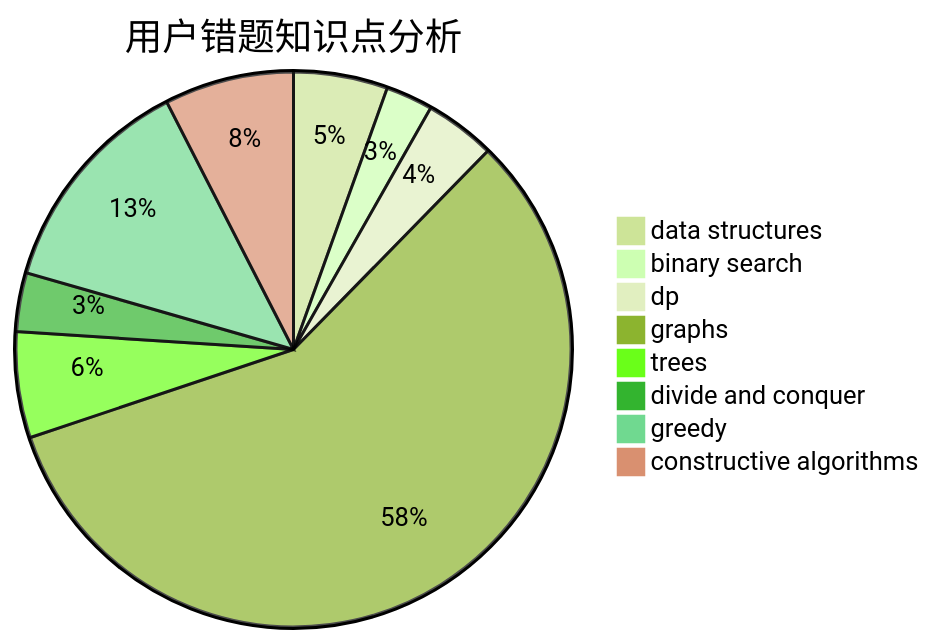
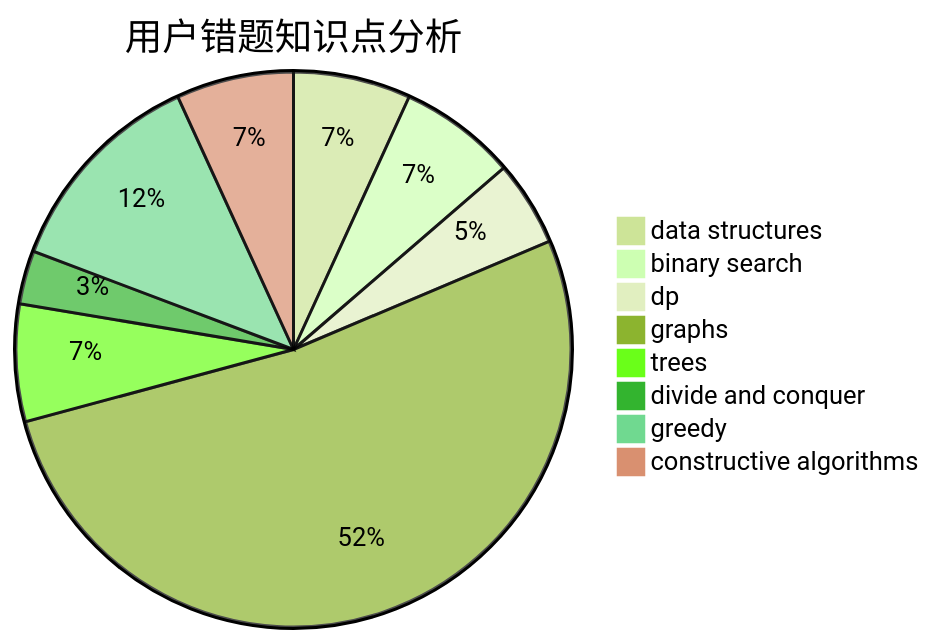
The third of 3 diagrams in docs/user/u1759.md (sherpahu/cfrs.github.io), drawn with Mermaid (forest theme) before and after one commit. The commit also changed other lines of this file and 2770 other files, not shown here.

````diff
--- a/docs/user/u1759.md
+++ b/docs/user/u1759.md
@@ -36,11 +36,11 @@
 ```mermaid
 pie title 用户错题知识点分析
-    "data structures" :  8
-    "binary search" :  4
-    "dp" :  6
+    "data structures" :  11
+    "binary search" :  11
+    "dp" :  8
     "graphs" :  84
-    "trees" :  9
+    "trees" :  11
     "divide and conquer" :  5
-    "greedy" :  19
+    "greedy" :  20
     "constructive algorithms" :  11
 ```
````
